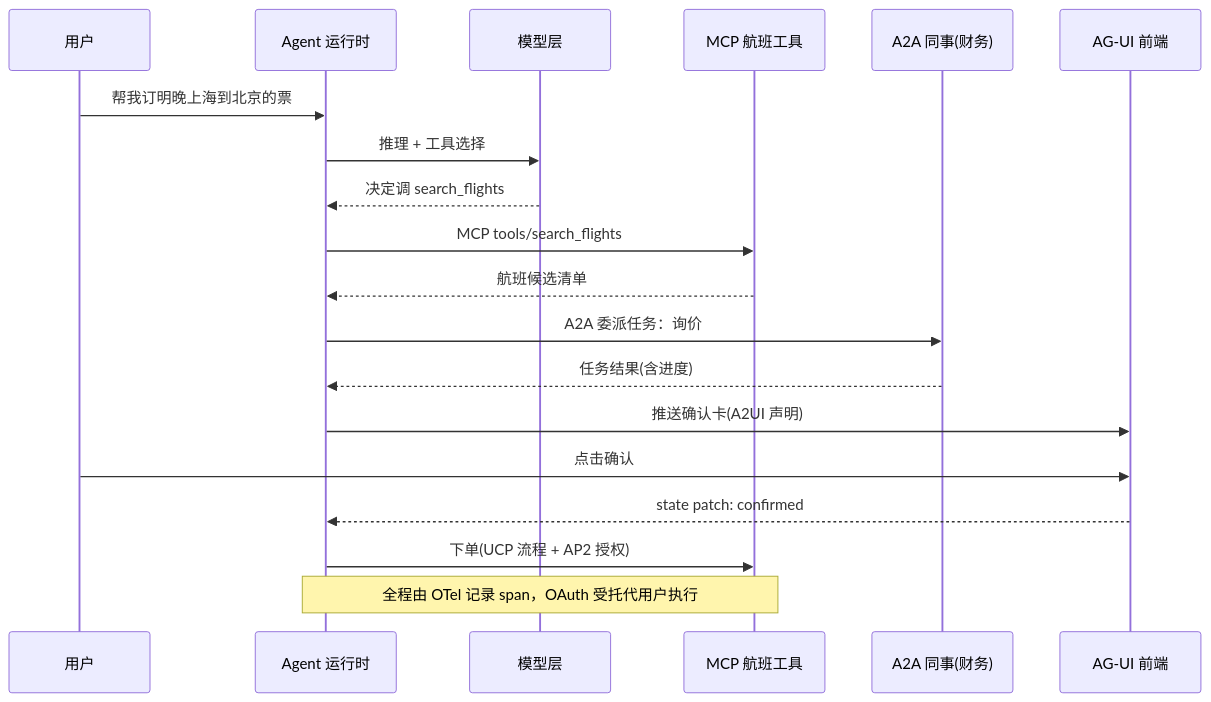
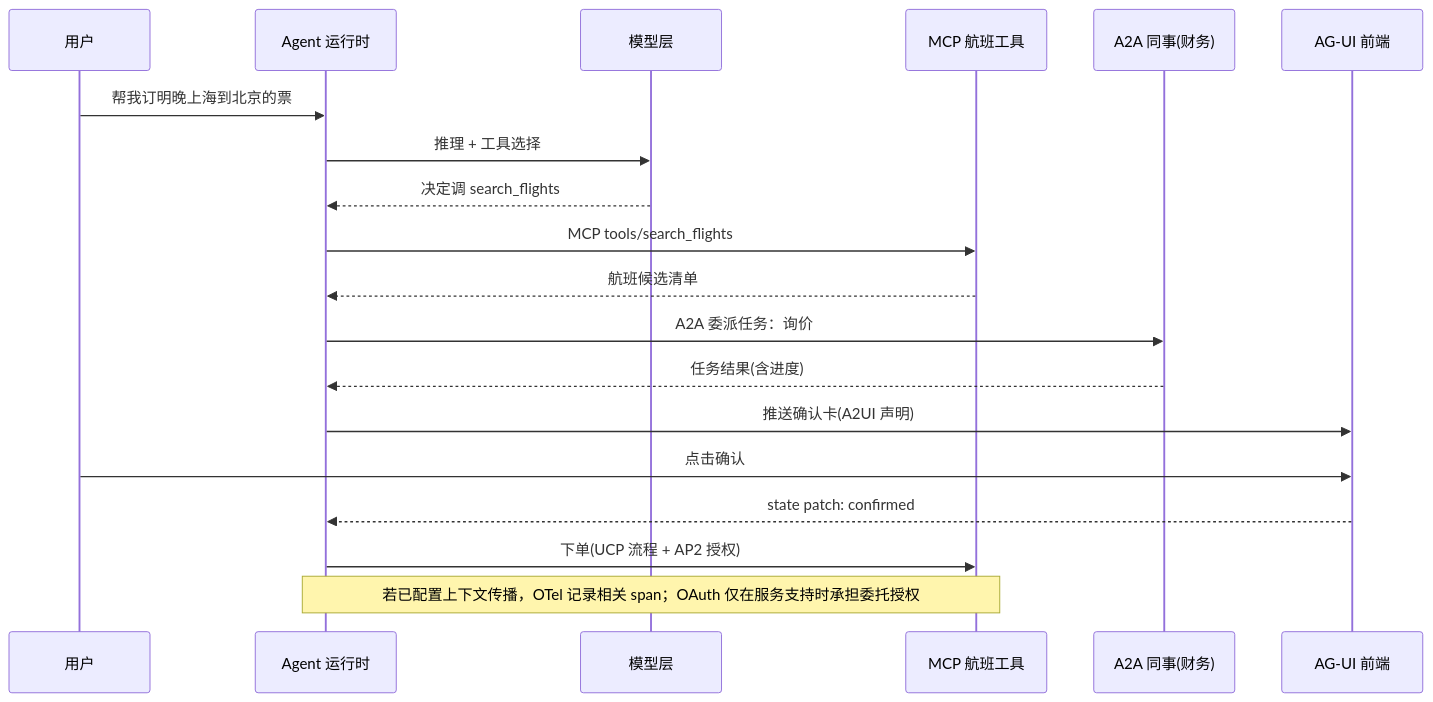
One commit to MoreConsequence/MoreConsequence.github.io changed the second of 4 diagrams in content/posts/ai-agent-protocol-stack.md. Above: the diagram before and after it, drawn with Mermaid. The commit also changed other lines of this file and 263 other files, not shown here.

````diff
--- a/content/posts/ai-agent-protocol-stack.md
+++ b/content/posts/ai-agent-protocol-stack.md
@@ -121,21 +119,21 @@
 ```mermaid
 sequenceDiagram
     participant U as 用户
     participant AG as Agent 运行时
     participant LLM as 模型层
     participant MC as MCP 航班工具
     participant A2 as A2A 同事(财务)
     participant UI as AG-UI 前端
     U->>AG: 帮我订明晚上海到北京的票
     AG->>LLM: 推理 + 工具选择
     LLM-->>AG: 决定调 search_flights
     AG->>MC: MCP tools/search_flights
     MC-->>AG: 航班候选清单
     AG->>A2: A2A 委派任务：询价
     A2-->>AG: 任务结果(含进度)
     AG->>UI: 推送确认卡(A2UI 声明)
     U->>UI: 点击确认
     UI-->>AG: state patch: confirmed
     AG->>MC: 下单(UCP 流程 + AP2 授权)
-    Note over AG,MC: 全程由 OTel 记录 span，OAuth 受托代用户执行
+    Note over AG,MC: 若已配置上下文传播，OTel 记录相关 span；OAuth 仅在服务支持时承担委托授权
 ```
````
